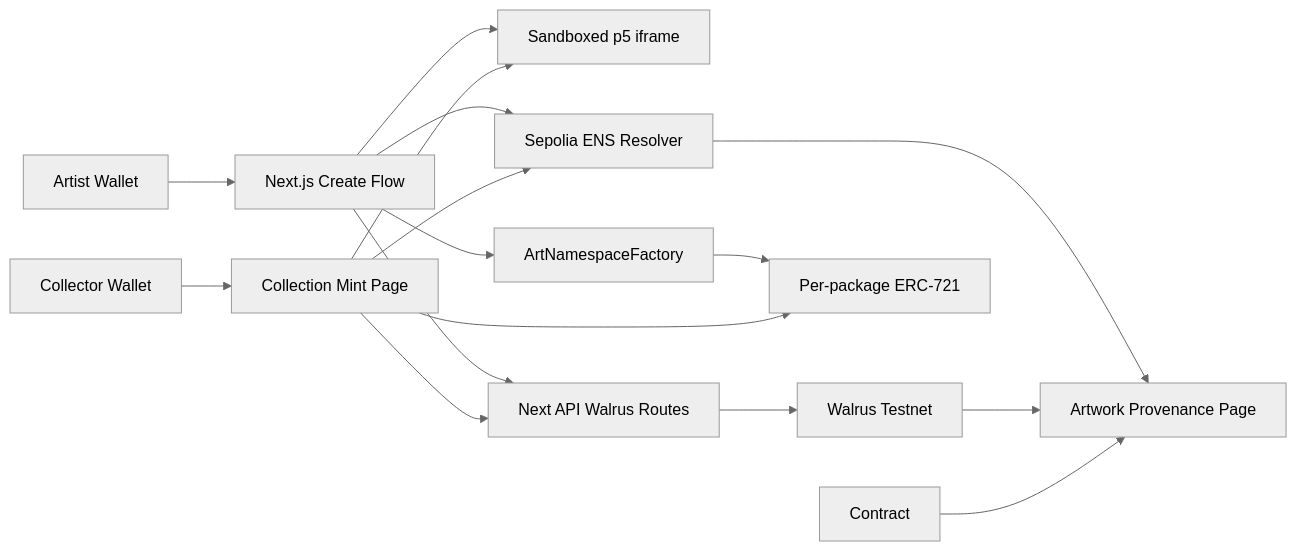
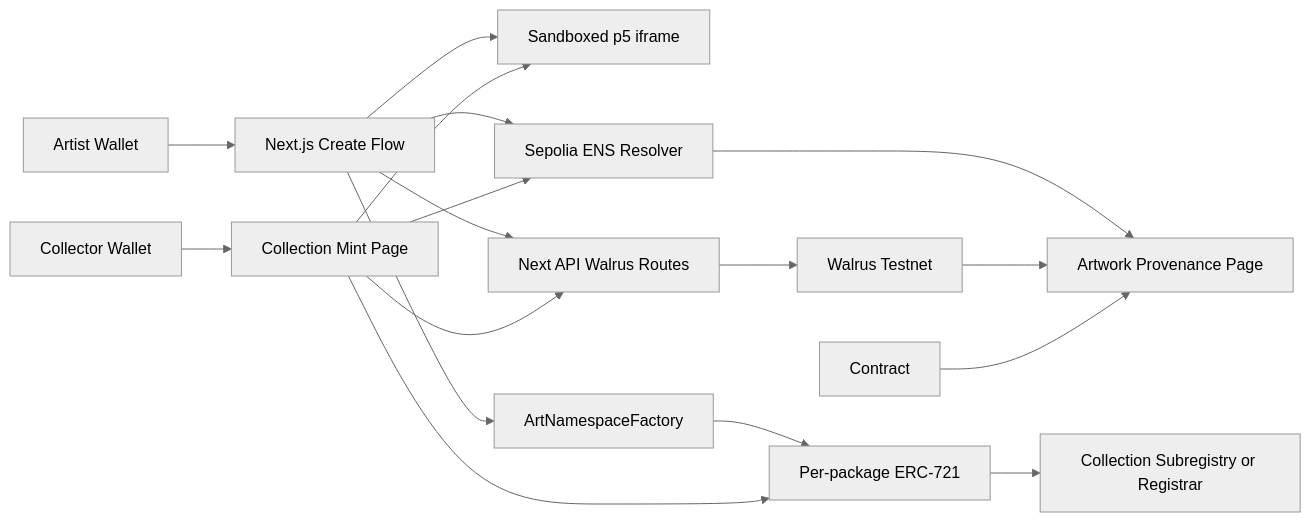
One commit to jpswelch/artnamespace changed the diagram in docs/ARCHITECTURE.md. Above: the diagram before and after it, drawn with Mermaid (neutral theme). The commit also changed other lines of this file and 10 other files, not shown here.

````diff
--- a/docs/ARCHITECTURE.md
+++ b/docs/ARCHITECTURE.md
@@ -3,18 +3,19 @@
 ```mermaid
 flowchart LR
   Artist[Artist Wallet] --> Create[Next.js Create Flow]
   Create --> Renderer[Sandboxed p5 iframe]
   Create --> WalrusAPI[Next API Walrus Routes]
   WalrusAPI --> Walrus[Walrus Testnet]
   Create --> ENS[Sepolia ENS Resolver]
   Collector[Collector Wallet] --> Mint[Collection Mint Page]
   Mint --> Renderer
   Create --> Factory[ArtNamespaceFactory]
   Factory --> Project[Per-package ERC-721]
   Mint --> Project
   Mint --> WalrusAPI
+  Project --> ENSSubnames[Collection Subregistry or Registrar]
   Mint --> ENS
   ENS --> Provenance[Artwork Provenance Page]
   Walrus --> Provenance
   Contract --> Provenance
 ```
````
